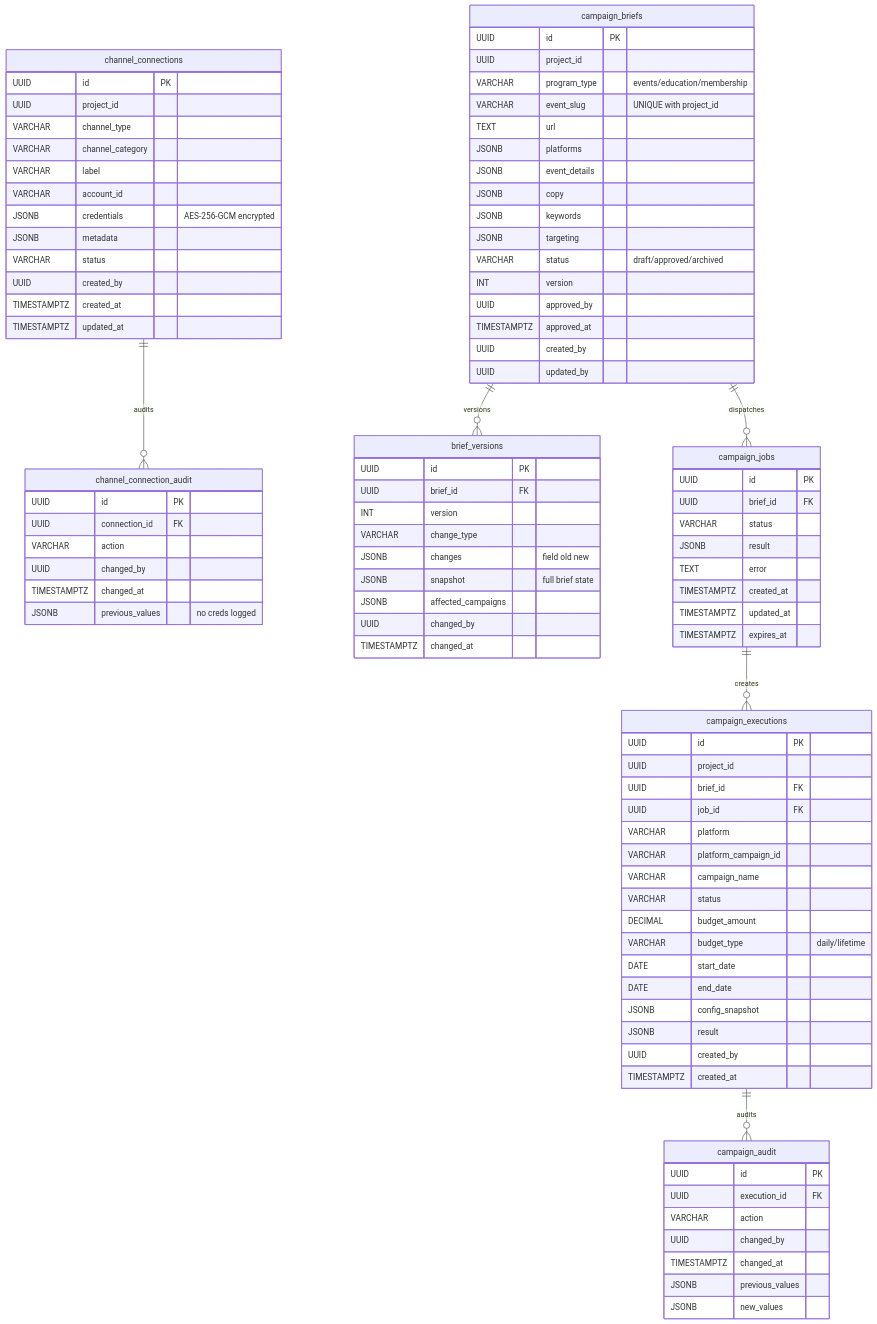
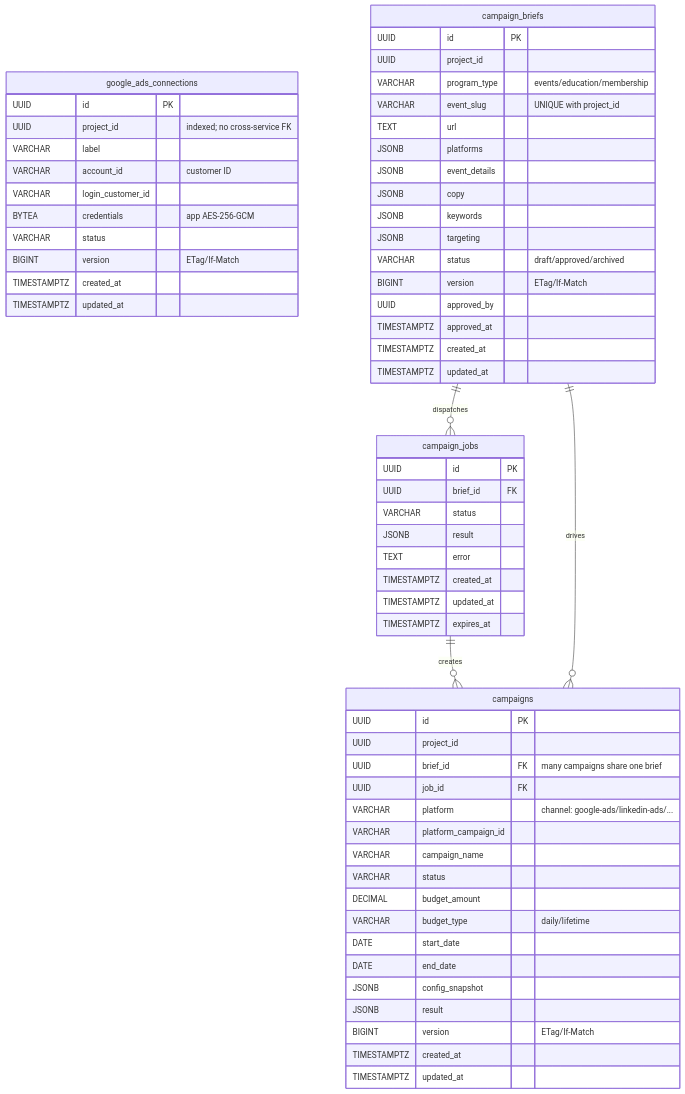
The seventh of 8 diagrams in docs/architecture.md (linuxfoundation/lfx-v2-campaign-service), drawn with Mermaid before and after one commit. The commit also changed other lines of this file and 3 other files, not shown here.

````diff
--- a/docs/architecture.md
+++ b/docs/architecture.md
@@ -310,27 +329,16 @@
 ```mermaid
 erDiagram
-    channel_connections {
+    google_ads_connections {
         UUID id PK
-        UUID project_id
-        VARCHAR channel_type
-        VARCHAR channel_category
+        UUID project_id "indexed; no cross-service FK"
         VARCHAR label
-        VARCHAR account_id
-        JSONB credentials "AES-256-GCM encrypted"
-        JSONB metadata
+        VARCHAR account_id "customer ID"
+        VARCHAR login_customer_id
+        BYTEA credentials "app AES-256-GCM"
         VARCHAR status
-        UUID created_by
+        BIGINT version "ETag/If-Match"
         TIMESTAMPTZ created_at
         TIMESTAMPTZ updated_at
-    }
-
-    channel_connection_audit {
-        UUID id PK
-        UUID connection_id FK
-        VARCHAR action
-        UUID changed_by
-        TIMESTAMPTZ changed_at
-        JSONB previous_values "no creds logged"
     }
 
     campaign_briefs {
@@ -345,31 +353,19 @@
         JSONB keywords
         JSONB targeting
         VARCHAR status "draft/approved/archived"
-        INT version
+        BIGINT version "ETag/If-Match"
         UUID approved_by
         TIMESTAMPTZ approved_at
-        UUID created_by
-        UUID updated_by
+        TIMESTAMPTZ created_at
+        TIMESTAMPTZ updated_at
     }
 
-    brief_versions {
-        UUID id PK
-        UUID brief_id FK
-        INT version
-        VARCHAR change_type
-        JSONB changes "field old new"
-        JSONB snapshot "full brief state"
-        JSONB affected_campaigns
-        UUID changed_by
-        TIMESTAMPTZ changed_at
-    }
-
-    campaign_executions {
+    campaigns {
         UUID id PK
         UUID project_id
-        UUID brief_id FK
+        UUID brief_id FK "many campaigns share one brief"
         UUID job_id FK
-        VARCHAR platform
+        VARCHAR platform "channel: google-ads/linkedin-ads/..."
         VARCHAR platform_campaign_id
         VARCHAR campaign_name
         VARCHAR status
@@ -379,18 +375,9 @@
         DATE end_date
         JSONB config_snapshot
         JSONB result
-        UUID created_by
+        BIGINT version "ETag/If-Match"
         TIMESTAMPTZ created_at
-    }
-
-    campaign_audit {
-        UUID id PK
-        UUID execution_id FK
-        VARCHAR action
-        UUID changed_by
-        TIMESTAMPTZ changed_at
-        JSONB previous_values
-        JSONB new_values
+        TIMESTAMPTZ updated_at
     }
 
     campaign_jobs {
@@ -404,9 +391,7 @@
         TIMESTAMPTZ expires_at
     }
 
-    channel_connections ||--o{ channel_connection_audit : "audits"
-    campaign_briefs ||--o{ brief_versions : "versions"
     campaign_briefs ||--o{ campaign_jobs : "dispatches"
-    campaign_jobs ||--o{ campaign_executions : "creates"
-    campaign_executions ||--o{ campaign_audit : "audits"
+    campaign_jobs ||--o{ campaigns : "creates"
+    campaign_briefs ||--o{ campaigns : "drives"
 ```
````
